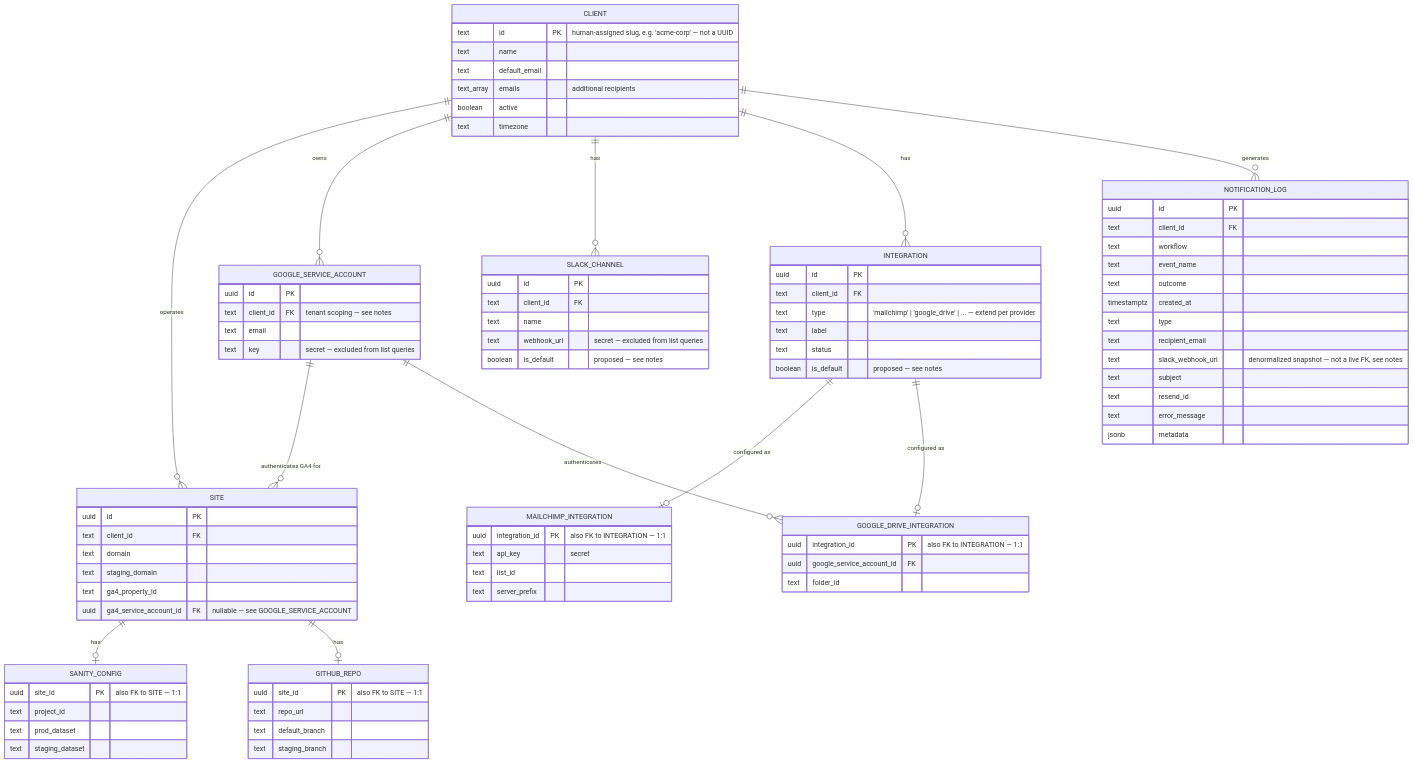
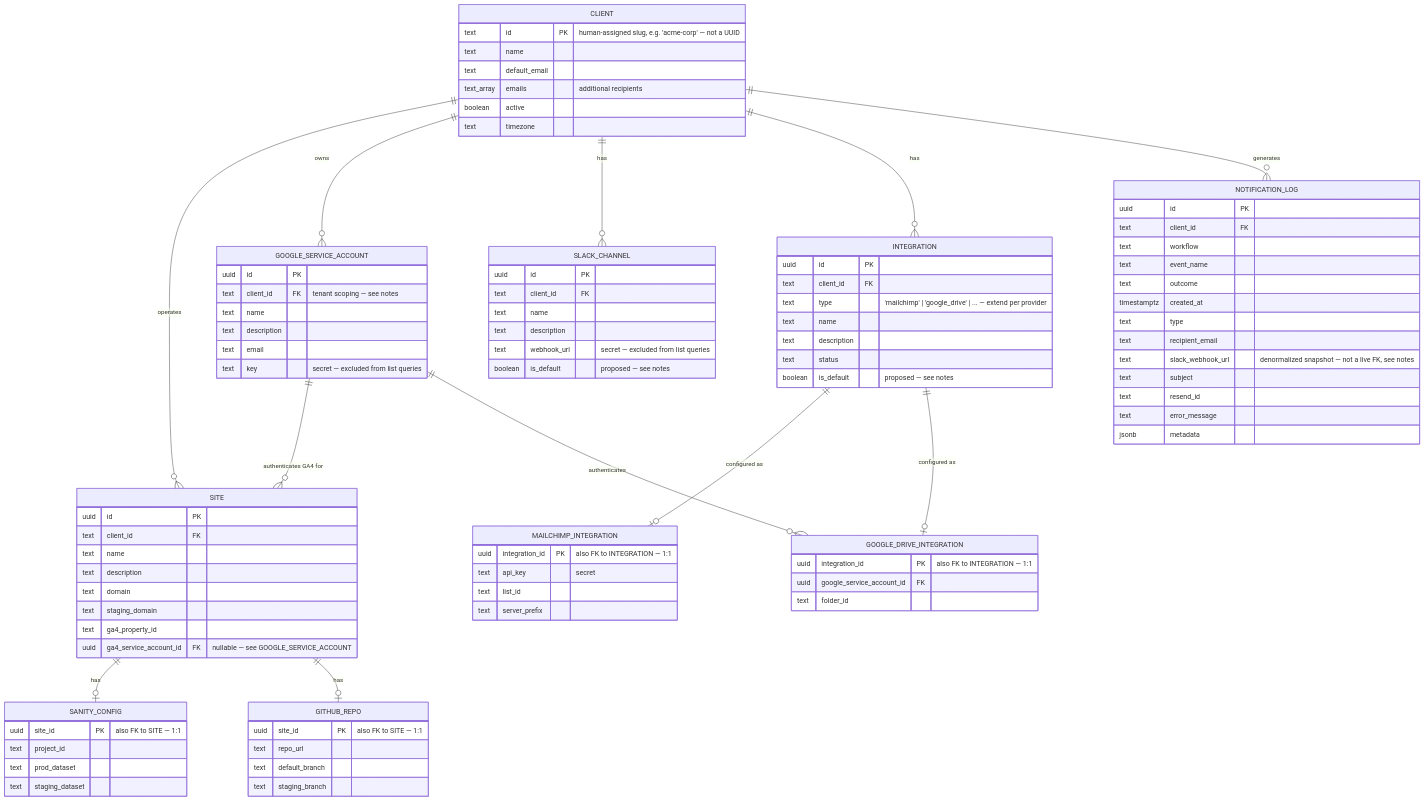
The diagram in specs/006-client-data-model-rework/data-model.md (solsoftware-co/sol-api), drawn with Mermaid before and after one commit. The commit also changed other lines of this file, not shown here.

Commit message:
docs: add name/description fields to ERD; consolidate INTEGRATION.label into name
- SITE, GOOGLE_SERVICE_ACCOUNT gain name + description
- SLACK_CHANNEL gains description (already had name)
- INTEGRATION gains description; its existing label field is folded
  into name to avoid two redundant fields doing the same job
- name/description deliberately kept on INTEGRATION, not on
  MAILCHIMP_INTEGRATION/GOOGLE_DRIVE_INTEGRATION — they're
  provider-agnostic human-facing metadata, not provider-specific
  connection data

Claude-Session: https://claude.ai/code/session_011NiUcxUvbrZ3Rb6THJTGor

```diff
--- a/specs/006-client-data-model-rework/data-model.md
+++ b/specs/006-client-data-model-rework/data-model.md
@@ -44,6 +44,8 @@
     SITE {
         uuid id PK
         text client_id FK
+        text name
+        text description
         text domain
         text staging_domain
         text ga4_property_id
@@ -67,6 +69,8 @@
     GOOGLE_SERVICE_ACCOUNT {
         uuid id PK
         text client_id FK "tenant scoping — see notes"
+        text name
+        text description
         text email
         text key "secret — excluded from list queries"
     }
@@ -75,6 +79,7 @@
         uuid id PK
         text client_id FK
         text name
+        text description
         text webhook_url "secret — excluded from list queries"
         boolean is_default "proposed — see notes"
     }
@@ -83,7 +88,8 @@
         uuid id PK
         text client_id FK
         text type "'mailchimp' | 'google_drive' | ... — extend per provider"
-        text label
+        text name
+        text description
         text status
         boolean is_default "proposed — see notes"
     }
```
